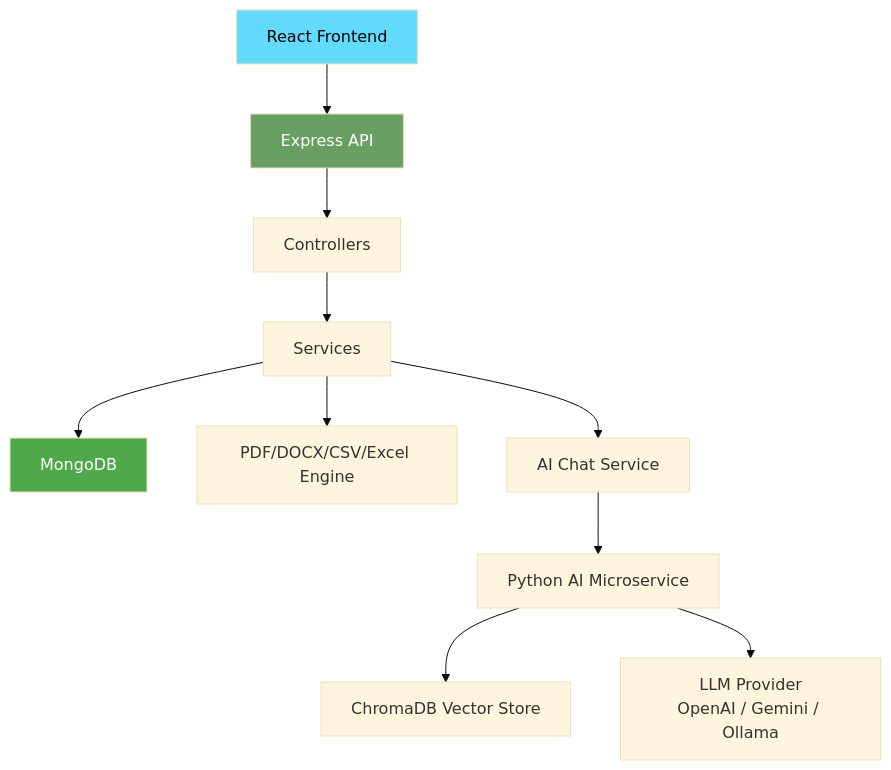
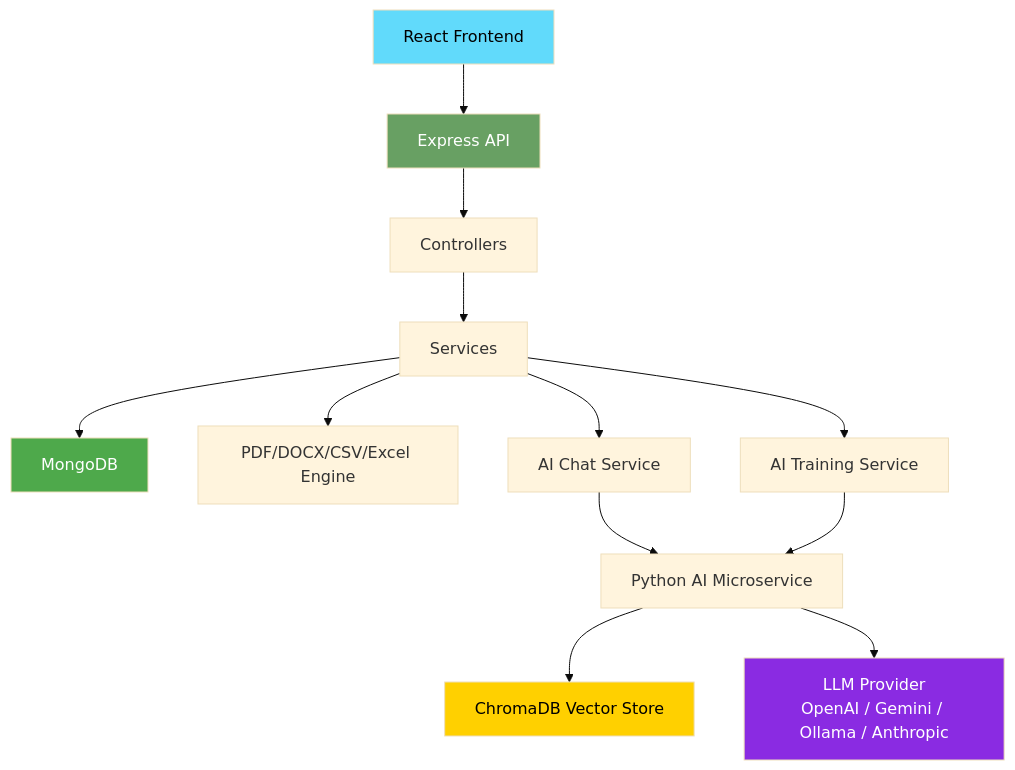
Before and after one commit to Ritesh151/ProManage-AI: the first of 4 diagrams in README.md, drawn with Mermaid (base theme). The commit also changed other lines of this file and 70 other files, not shown here.

````diff
--- a/README.md
+++ b/README.md
@@ -161,16 +178,20 @@
 ```mermaid
 graph TD
     A[React Frontend] --> B[Express API]
     B --> C[Controllers]
     C --> D[Services]
     D --> E[MongoDB]
     D --> F[PDF/DOCX/CSV/Excel Engine]
     D --> G[AI Chat Service]
-    G --> H[Python AI Microservice]
-    H --> I[ChromaDB Vector Store]
-    H --> J[LLM Provider<br/>OpenAI / Gemini / Ollama]
+    D --> H[AI Training Service]
+    G --> I[Python AI Microservice]
+    H --> I
+    I --> J[ChromaDB Vector Store]
+    I --> K[LLM Provider<br/>OpenAI / Gemini / Ollama / Anthropic]
 
     style A fill:#61DAFB,color:#000
     style B fill:#68A063,color:#fff
     style E fill:#4EA94B,color:#fff
+    style J fill:#FFD000,color:#000
+    style K fill:#8A2BE2,color:#fff
 ```
````
